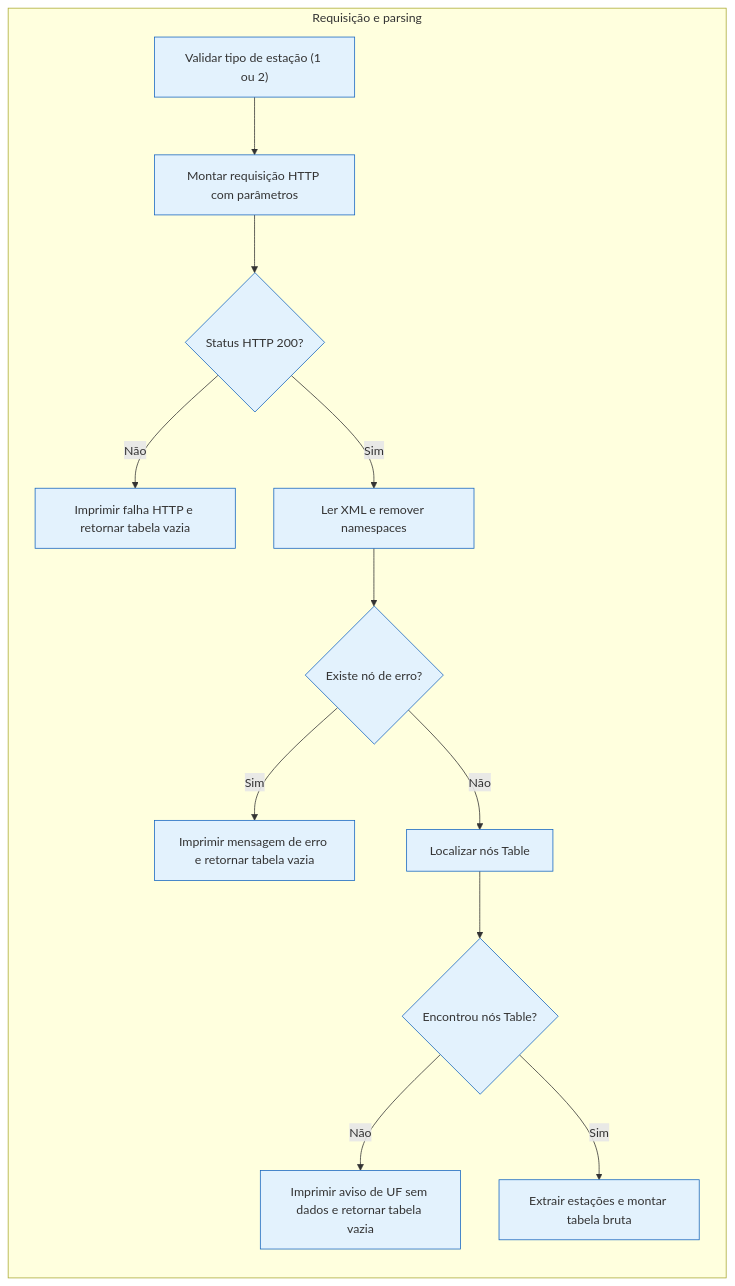
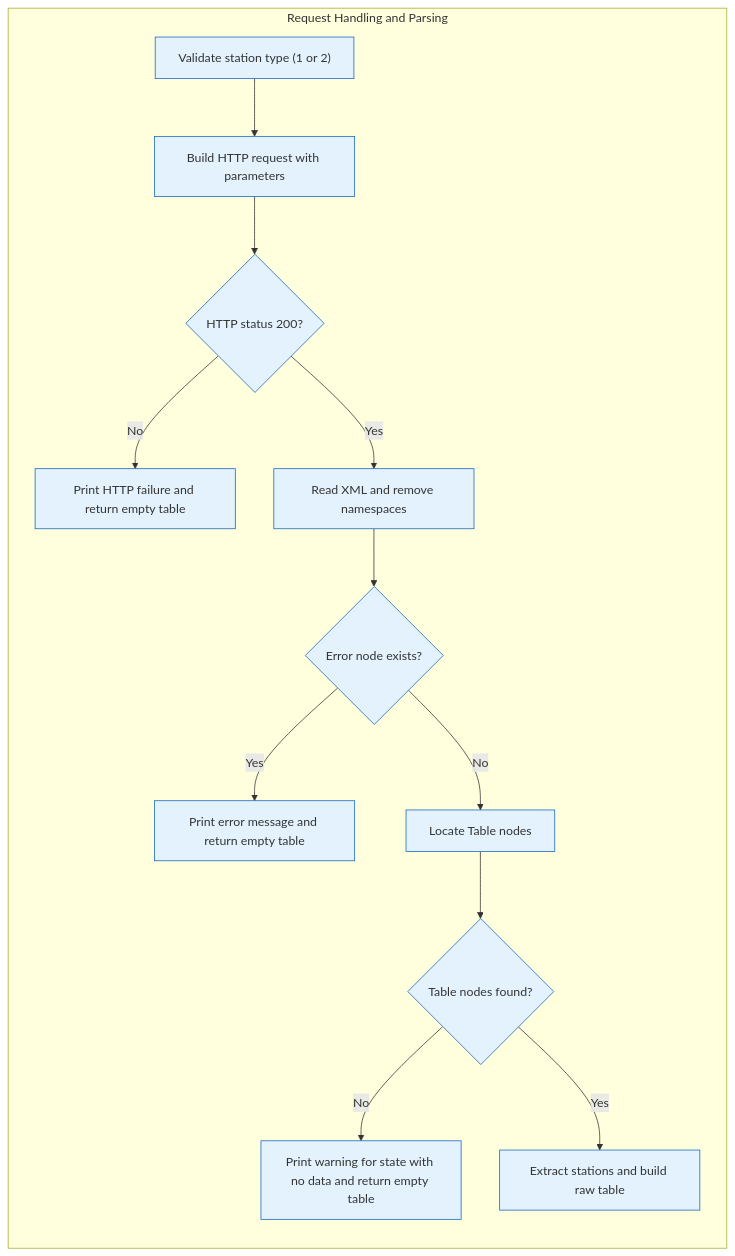
One commit to cidacslab/plataforma-clima-ambiente-readthedocs changed the second of 4 diagrams in docs/source/ana_data.rst. Above: the diagram before and after it, drawn with Mermaid. The commit also changed other lines of this file and 7 other files, not shown here.

```diff
--- a/docs/source/ana_data.rst
+++ b/docs/source/ana_data.rst
@@ -213,33 +192,31 @@
 .. mermaid::
   flowchart LR
-    subgraph S3["Requisição e parsing"]
-      C0["Validar tipo de estação (1 ou 2)"]:::reqCode
-      C1["Montar requisição HTTP com parâmetros"]:::reqCode
-      C2{"Status HTTP 200?"}:::reqCode
-        C2c1["Imprimir falha HTTP e retornar tabela vazia"]:::reqCode
-        C2c2["Ler XML e remover namespaces"]:::reqCode
-      C3{"Existe nó de erro?"}:::reqCode
-        C3c1["Imprimir mensagem de erro e retornar tabela vazia"]:::reqCode
-        C3c2["Localizar nós Table"]:::reqCode
-      C4{"Encontrou nós Table?"}:::reqCode
-        C4c1["Imprimir aviso de UF sem dados e retornar tabela vazia"]:::reqCode
-      C5["Extrair estações e montar tabela bruta"]:::reqCode
+    subgraph S3["Request Handling and Parsing"]
+      C0["Validate station type (1 or 2)"]:::reqCode
+      C1["Build HTTP request with parameters"]:::reqCode
+      C2{"HTTP status 200?"}:::reqCode
+        C2c1["Print HTTP failure and return empty table"]:::reqCode
+        C2c2["Read XML and remove namespaces"]:::reqCode
+      C3{"Error node exists?"}:::reqCode
+        C3c1["Print error message and return empty table"]:::reqCode
+        C3c2["Locate Table nodes"]:::reqCode
+      C4{"Table nodes found?"}:::reqCode
+        C4c1["Print warning for state with no data and return empty table"]:::reqCode
+      C5["Extract stations and build raw table"]:::reqCode
 
       C0 --> C1 --> C2
-      C2 -- "Não" --> C2c1
-      C2 -- "Sim" --> C2c2
+      C2 -- "No" --> C2c1
+      C2 -- "Yes" --> C2c2
       C2c2 --> C3
-      C3 -- "Sim" --> C3c1
-      C3 -- "Não" --> C3c2
+      C3 -- "Yes" --> C3c1
+      C3 -- "No" --> C3c2
       C3c2 --> C4
-      C4 -- "Não" --> C4c1
-      C4 -- "Sim" --> C5
+      C4 -- "No" --> C4c1
+      C4 -- "Yes" --> C5
     end
 
-    %% Conexões entre secoes via node
-
-    %% Paleta de cores
+    %% Color palette
     classDef configCode fill:#fff3e0,stroke:#ef6c00;
     classDef reqCode fill:#e3f2fd,stroke:#1565c0;
     classDef validacao fill:#e8f5e9,stroke:#2e7d32;
     classDef exportacao fill:#ede7f6,stroke:#5e35b1;
```
